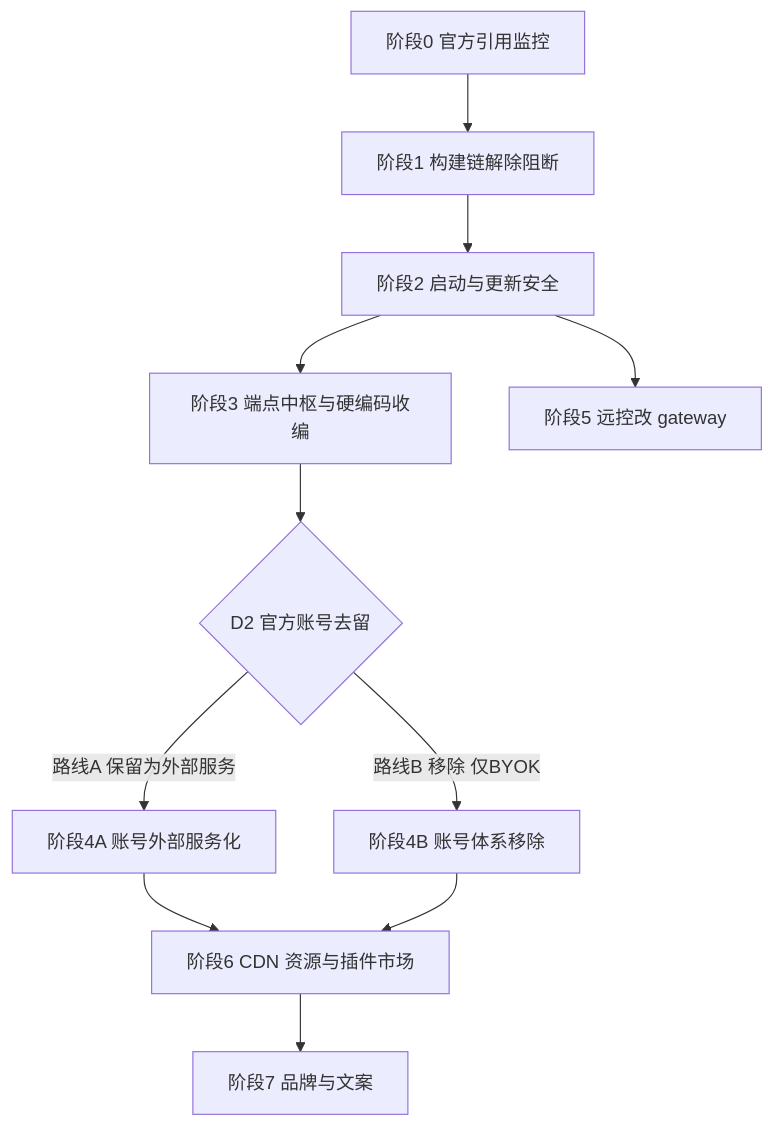
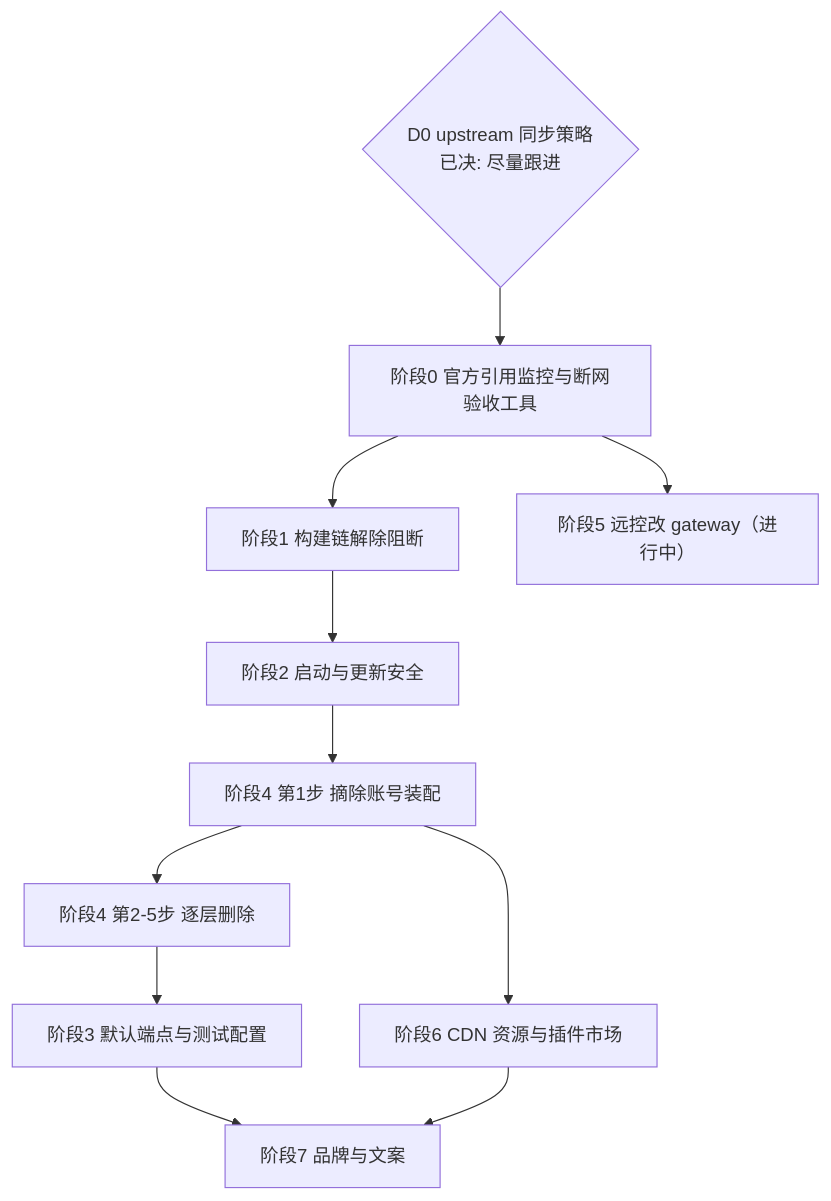
Before and after one commit to zclaudia/zody: the diagram in specs/fork-official-deps-removal-plan.md, drawn with Mermaid. The commit also changed other lines of this file and 96 other files, not shown here.

````diff
--- a/specs/fork-official-deps-removal-plan.md
+++ b/specs/fork-official-deps-removal-plan.md
@@ -20,13 +32,13 @@
 ```mermaid
 flowchart TD
-    P0["阶段0 官方引用监控"] --> P1["阶段1 构建链解除阻断"]
+    D0{"D0 upstream 同步策略<br/>已决: 尽量跟进"} --> P0
+    P0["阶段0 官方引用监控与断网验收工具"] --> P1["阶段1 构建链解除阻断"]
     P1 --> P2["阶段2 启动与更新安全"]
-    P2 --> P3["阶段3 端点中枢与硬编码收编"]
-    P3 --> D2{"D2 官方账号去留"}
-    D2 -- "路线A 保留为外部服务" --> P4A["阶段4A 账号外部服务化"]
-    D2 -- "路线B 移除 仅BYOK" --> P4B["阶段4B 账号体系移除"]
-    P4A --> P6["阶段6 CDN 资源与插件市场"]
-    P4B --> P6
-    P2 --> P5["阶段5 远控改 gateway"]
+    P2 --> P4S["阶段4 第1步 摘除账号装配"]
+    P4S --> P4B["阶段4 第2-5步 逐层删除"]
+    P4B --> P3["阶段3 默认端点与测试配置"]
+    P4S --> P6["阶段6 CDN 资源与插件市场"]
+    P3 --> P7
+    P0 --> P5["阶段5 远控改 gateway（进行中）"]
     P6 --> P7["阶段7 品牌与文案"]
 ```
````
